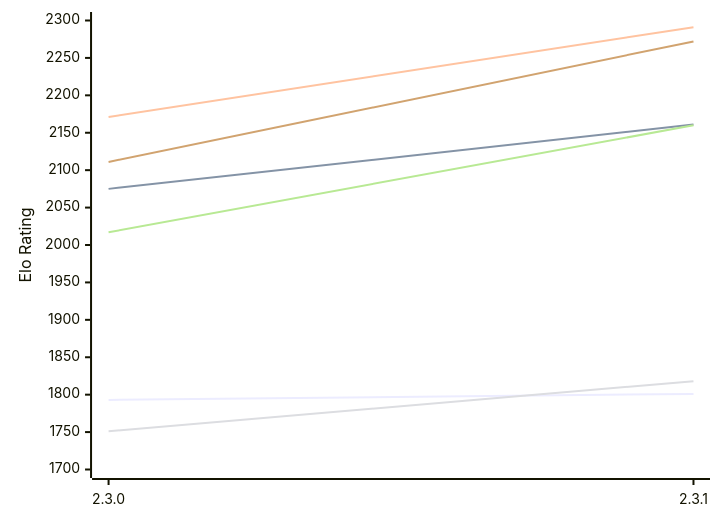
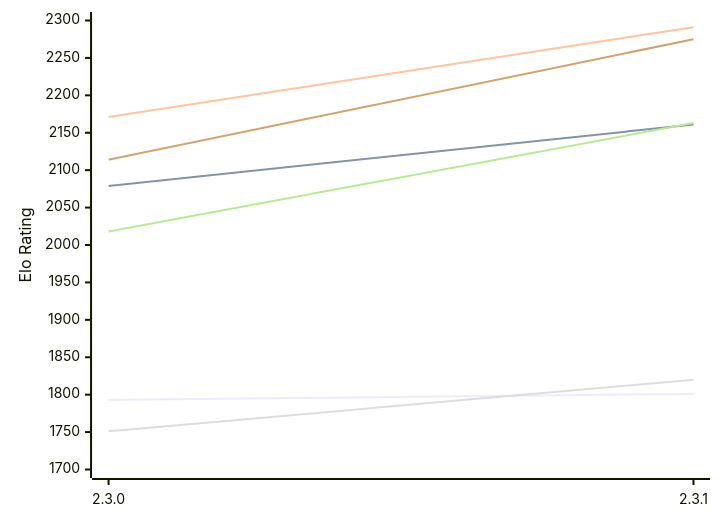
One commit to computer-chess-index/cci changed the first of 2 diagrams in engines/Kreveta.md. Above: the diagram before and after it, drawn with Mermaid. The commit also changed other lines of this file, not shown here.

Commit message:
Update CCI Ratings (ELO VLTC) - 2026-11-28

````diff
--- a/engines/Kreveta.md
+++ b/engines/Kreveta.md
@@ -59,12 +59,12 @@
 ```mermaid
 %%{init: {"theme":"base","themeVariables":{"seriesColors:['#a3a3a3','#222221','#faa371']}}}%%
 xychart-beta
   x-axis ["2.3.0", "2.3.1"]
   y-axis "Elo Rating" 1700 --> 2300
   line "E1: STC (8.0+0.08s)" [1793, 1801]
-  line "E1: LTC (60.0+0.60s)" [2075, 2161]
+  line "E1: LTC (60.0+0.60s)" [2079, 2161]
   line "E1: VLTC (2m24s+1.12s)" [2171, 2291]
-  line "P1: STC (8.0+0.08s)" [1751, 1818]
-  line "P1: LTC (60.0+0.60s)" [2017, 2160]
-  line "P1: VLTC (2m24s+1.12s)" [2111, 2272]
+  line "P1: STC (8.0+0.08s)" [1751, 1820]
+  line "P1: LTC (60.0+0.60s)" [2018, 2163]
+  line "P1: VLTC (2m24s+1.12s)" [2114, 2275]
 ```
````
